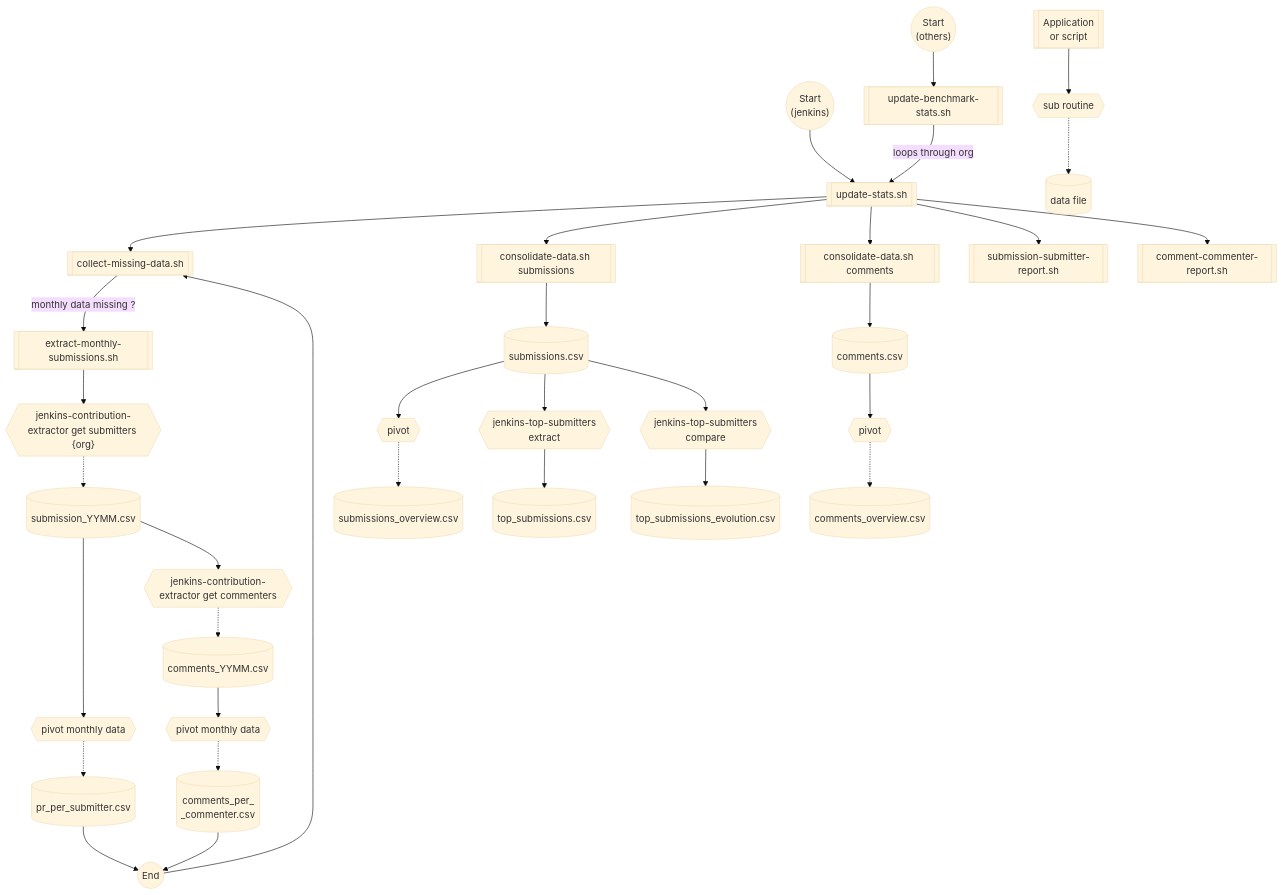
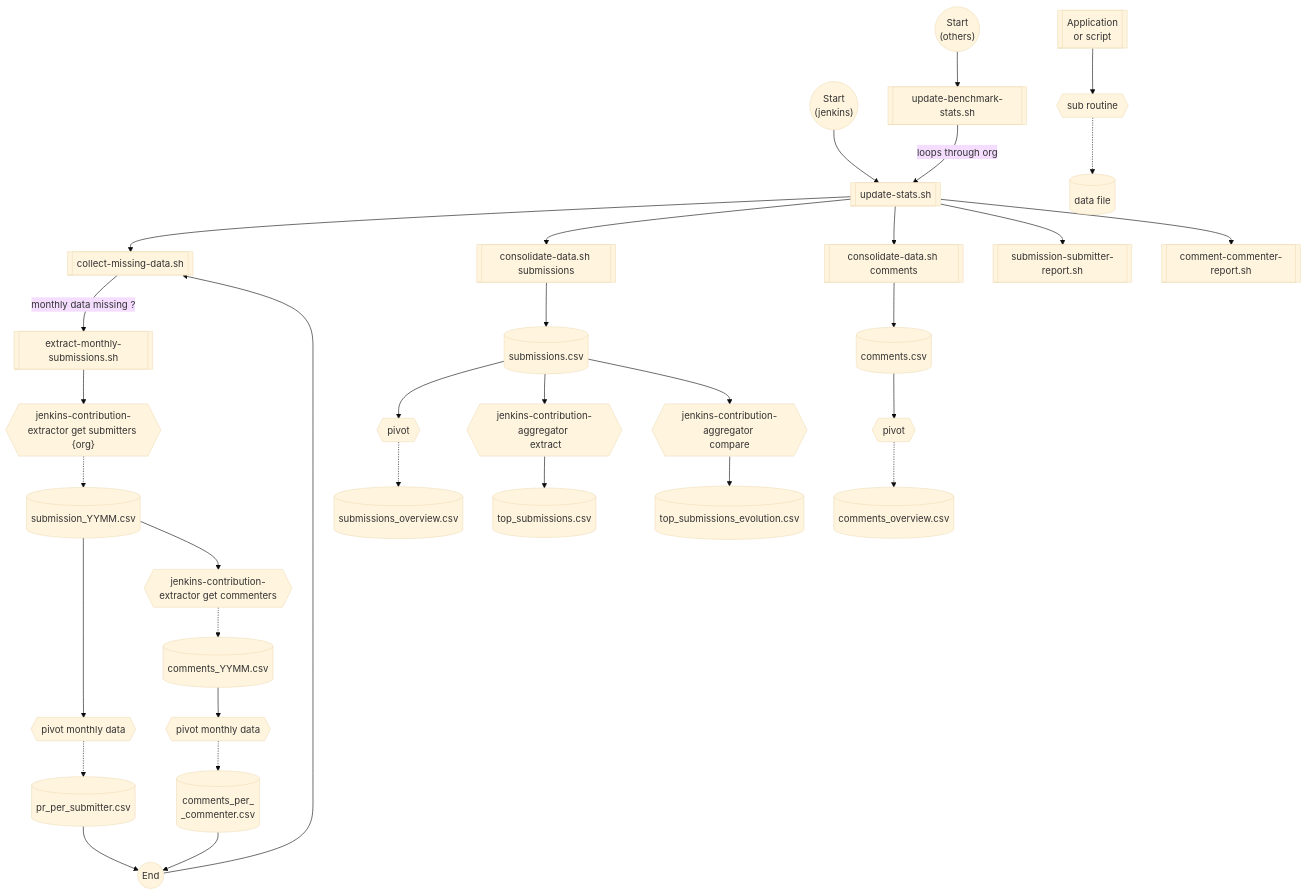
Before and after one commit to jenkins-infra/jenkins-contribution-stats: the diagram in README.md, drawn with Mermaid (base theme). The commit also changed other lines of this file and 5 other files, not shown here.

Commit message:
fix(honor): Move to jenkins-infra/jenkins-contribution-aggregator.

````diff
--- a/README.md
+++ b/README.md
@@ -66,67 +66,67 @@
 ```mermaid
 flowchart TD
 	start1(("`Start
 	(others)
 	 `"))
 
     start2(("`Start
     (jenkins)
      `"))
 
     extract_end((End))
 
     %% Processes
 
 	A[[update-benchmark-stats.sh]]
 	B[[update-stats.sh]]
     C[[collect-missing-data.sh]]
     D[[consolidate-data.sh submissions]]
     E[[consolidate-data.sh comments]]
     F[[submission-submitter-report.sh]]
     G[[comment-commenter-report.sh]]
     extracData[[extract-monthly-submissions.sh]]
     get_submitters{{"jenkins-contribution-extractor get submitters {org}"}}
     get_commenters{{"jenkins-contribution-extractor get commenters"}}
-    top_extract{{jenkins-top-submitters </br> extract}}
-    top_compare{{jenkins-top-submitters </br>compare}}
+    top_extract{{jenkins-contribution-aggregator </br> extract}}
+    top_compare{{jenkins-contribution-aggregator </br>compare}}
 
     %% data files
     submission_month[(submission_YYMM.csv)]
     monththlyPivot_submit[(pr_per_submitter.csv)]
     comments_month[(comments_YYMM.csv)]
     monththlyPivot_comment[(comments_per_</br>_commenter.csv)]
     global_submissions[(submissions.csv)]
     global_submissionsOverview[(submissions_overview.csv)]
     top_submission[(top_submissions.csv)]
     top_submission_evol[(top_submissions_evolution.csv)]
 
     global_comments[(comments.csv)]
     global_commentsOverview[(comments_overview.csv)]
 
     %% legend
     legend_app[[Application </br>or script]]
     legend_sub{{sub routine}}
     legend_data[(data file)]
     legend_app --> legend_sub -.-> legend_data
 
     %% pivot processes
     monthlypivot_subm{{pivot monthly data}}
     monthlypivot_comment{{pivot monthly data}}
     subm_overview_pivot{{pivot}}
     comment_overview_pivot{{pivot}}
 
     
     %% flow
 	start1 --> A -- loops through org --> B
 	start2 --> B
     B --> C -- monthly data missing ? --> extracData  --> get_submitters
     get_submitters -.-> submission_month --> monthlypivot_subm -.-> monththlyPivot_submit --> extract_end --> C
     submission_month --> get_commenters -.-> comments_month --> monthlypivot_comment -.-> monththlyPivot_comment --> extract_end
     B --> D --> global_submissions
     global_submissions --> subm_overview_pivot -.-> global_submissionsOverview
     global_submissions --> top_extract --> top_submission
     global_submissions --> top_compare --> top_submission_evol
     B --> E --> global_comments --> comment_overview_pivot -.-> global_commentsOverview
     B --> F 
     B --> G
 ```
````
